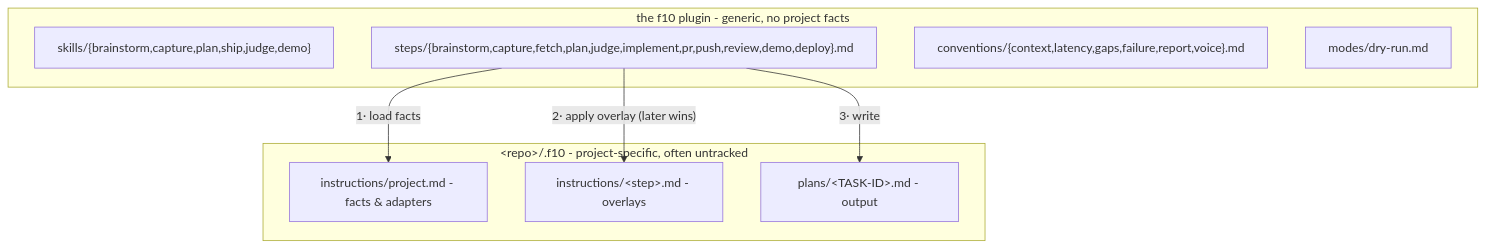
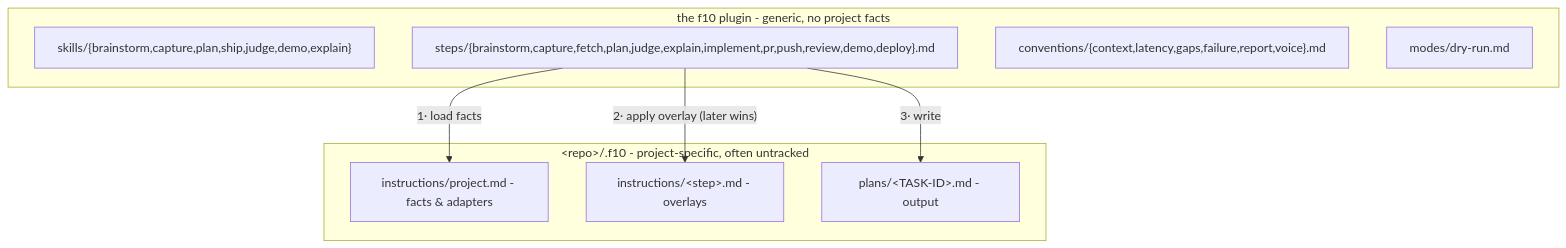
Before and after one commit to amberpixels/f10: the second of 2 diagrams in README.md, drawn with Mermaid. The commit also changed other lines of this file and 3 other files, not shown here.

````diff
--- a/README.md
+++ b/README.md
@@ -193,17 +203,17 @@
 ```mermaid
 flowchart TB
     subgraph plugin ["the f10 plugin - generic, no project facts"]
-        skills2["skills/{brainstorm,capture,plan,ship,judge,demo}"]
-        gsteps["steps/{brainstorm,capture,fetch,plan,judge,implement,pr,push,review,demo,deploy}.md"]
+        skills2["skills/{brainstorm,capture,plan,ship,judge,demo,explain}"]
+        gsteps["steps/{brainstorm,capture,fetch,plan,judge,explain,implement,pr,push,review,demo,deploy}.md"]
         conv["conventions/{context,latency,gaps,failure,report,voice}.md"]
         modes2["modes/dry-run.md"]
     end
     subgraph repo ["&lt;repo&gt;/.f10 - project-specific, often untracked"]
         proj["instructions/project.md - facts & adapters"]
         over["instructions/&lt;step&gt;.md - overlays"]
         plans2["plans/&lt;TASK-ID&gt;.md - output"]
     end
     gsteps -- "1· load facts" --> proj
     gsteps -- "2· apply overlay (later wins)" --> over
     gsteps -- "3· write" --> plans2
 ```
````
